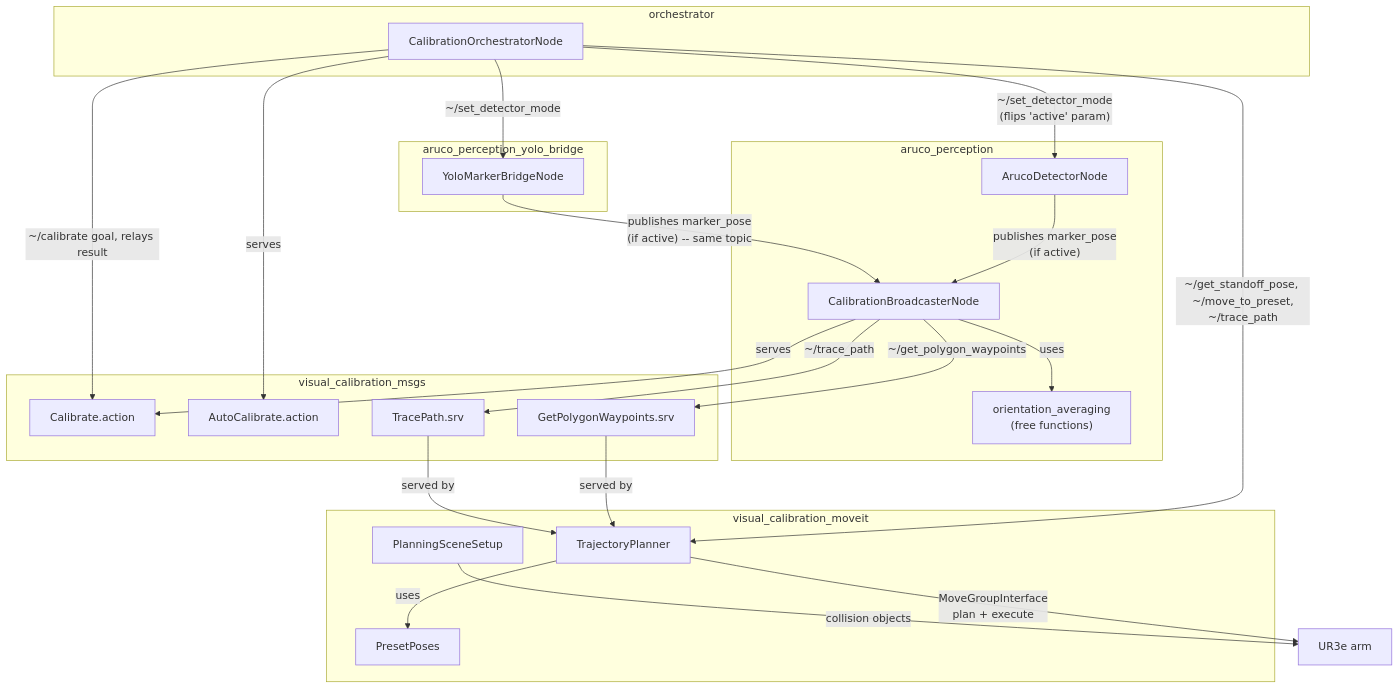
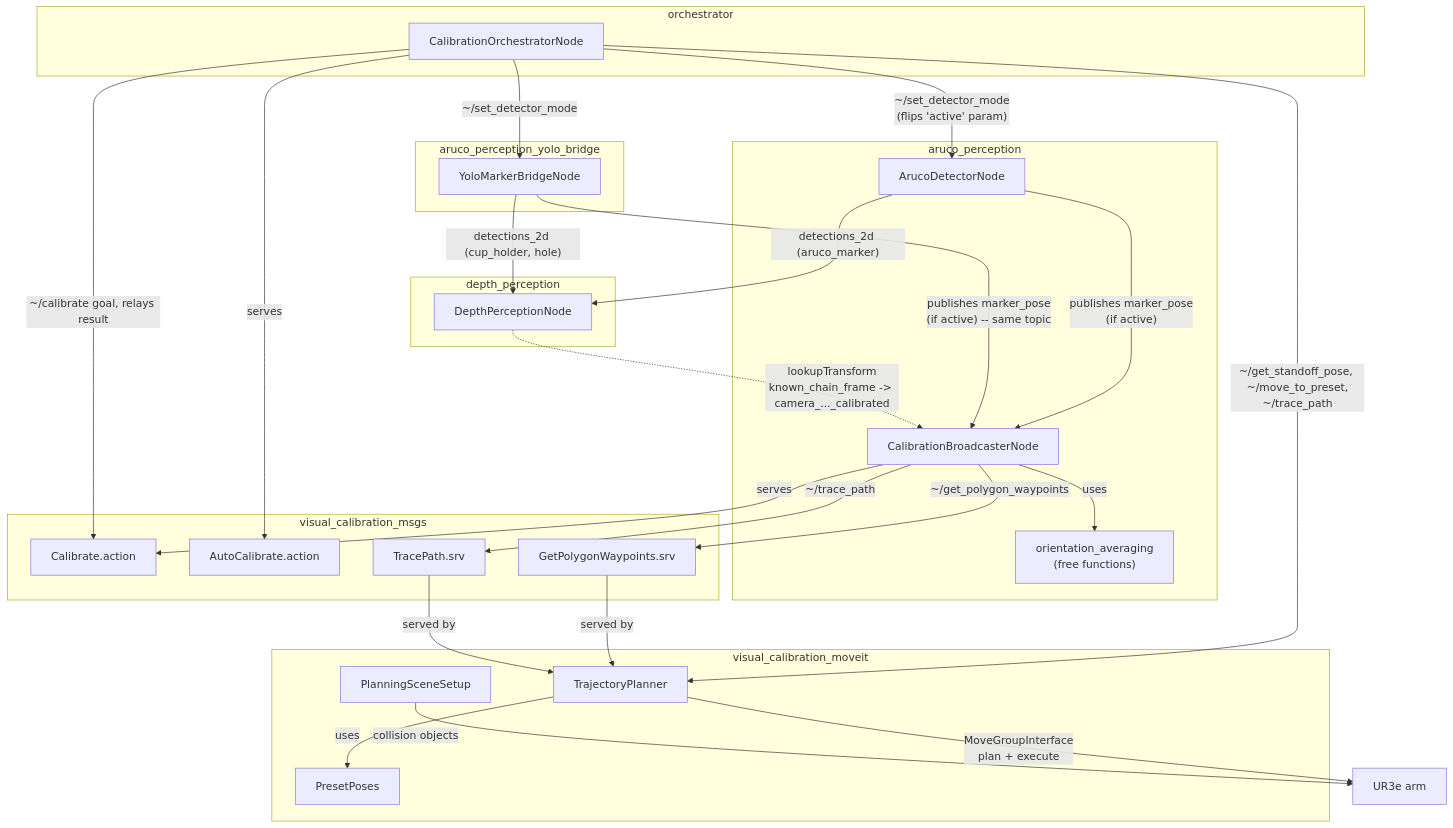
One commit to tesarect/aruco_visual_calibration changed the diagram in resources/docs/class_docs/README.md. Above: the diagram before and after it, drawn with Mermaid. The commit also changed other lines of this file and 21 other files, not shown here.

````diff
--- a/resources/docs/class_docs/README.md
+++ b/resources/docs/class_docs/README.md
@@ -10,46 +10,54 @@
 ```mermaid
 flowchart TD
     subgraph AP["aruco_perception"]
         DET["ArucoDetectorNode"]
         CB["CalibrationBroadcasterNode"]
         OA["orientation_averaging\n(free functions)"]
     end
 
     subgraph YB["aruco_perception_yolo_bridge"]
         YOLO["YoloMarkerBridgeNode"]
     end
 
     subgraph ORCH["orchestrator"]
         ORC["CalibrationOrchestratorNode"]
+    end
+
+    subgraph DP["depth_perception"]
+        DPN["DepthPerceptionNode"]
     end
 
     subgraph MV["visual_calibration_moveit"]
         TP["TrajectoryPlanner"]
         PSS["PlanningSceneSetup"]
         PP["PresetPoses"]
     end
 
     subgraph MSGS["visual_calibration_msgs"]
         CAL["Calibrate.action"]
         AUTOCAL["AutoCalibrate.action"]
         TRACE["TracePath.srv"]
         POLY["GetPolygonWaypoints.srv"]
     end
 
     DET -->|"publishes marker_pose\n(if active)"| CB
     YOLO -->|"publishes marker_pose\n(if active) -- same topic"| CB
     ORC -->|"~/set_detector_mode\n(flips 'active' param)"| DET
     ORC -->|"~/set_detector_mode"| YOLO
     CB -->|"uses"| OA
     CB -->|"serves"| CAL
     CB -->|"~/get_polygon_waypoints"| POLY
     CB -->|"~/trace_path"| TRACE
     ORC -->|"serves"| AUTOCAL
     ORC -->|"~/calibrate goal, relays result"| CAL
     ORC -->|"~/get_standoff_pose, ~/move_to_preset,\n~/trace_path"| TP
     POLY -->|"served by"| TP
     TRACE -->|"served by"| TP
     TP -->|"uses"| PP
     TP -->|"MoveGroupInterface\nplan + execute"| ARM["UR3e arm"]
     PSS -->|"collision objects"| ARM
+
+    DET -->|"detections_2d (aruco_marker)"| DPN
+    YOLO -->|"detections_2d (cup_holder, hole)"| DPN
+    DPN -.->|"lookupTransform\nknown_chain_frame -> camera_..._calibrated"| CB
 ```
````
